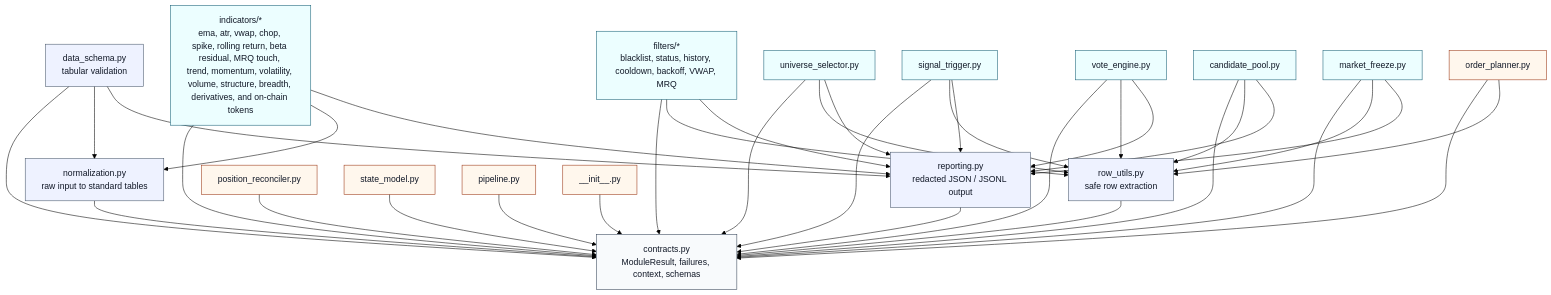
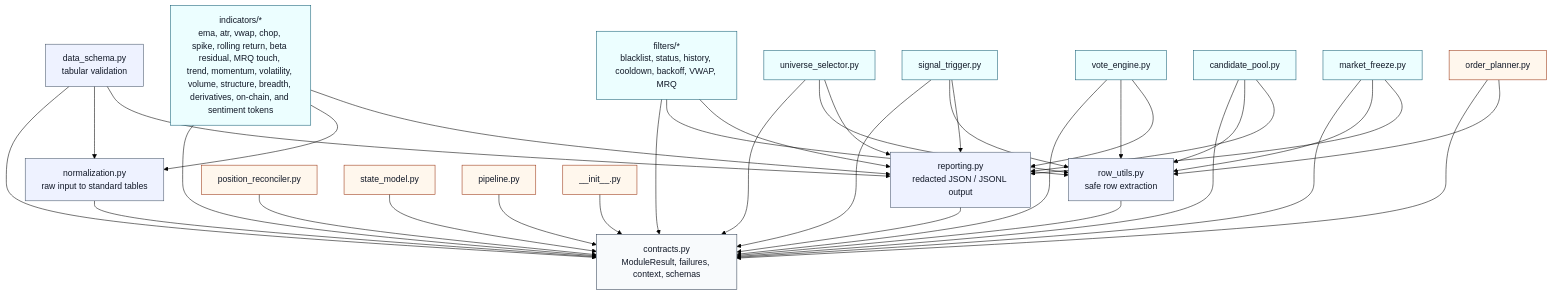
The second of 2 diagrams in README.md (waswrsis/quant-strategy-tokenizer), drawn with Mermaid (forest theme) before and after one commit. The commit also changed other lines of this file and 51 other files, not shown here.

Commit message:
Add sentiment indicator tokens

````diff
--- a/README.md
+++ b/README.md
@@ -155,77 +156,77 @@
 ```mermaid
 flowchart TD
     Contracts["contracts.py<br/>ModuleResult, failures, context, schemas"]
 
     Normalization["normalization.py<br/>raw input to standard tables"]
     RowUtils["row_utils.py<br/>safe row extraction"]
     Reporting["reporting.py<br/>redacted JSON / JSONL output"]
     DataSchema["data_schema.py<br/>tabular validation"]
 
-    Indicators["indicators/*<br/>ema, atr, vwap, chop, spike, rolling return, beta residual, MRQ touch, trend, momentum, volatility, volume, structure, breadth, derivatives, and on-chain tokens"]
+    Indicators["indicators/*<br/>ema, atr, vwap, chop, spike, rolling return, beta residual, MRQ touch, trend, momentum, volatility, volume, structure, breadth, derivatives, on-chain, and sentiment tokens"]
     Filters["filters/*<br/>blacklist, status, history, cooldown, backoff, VWAP, MRQ"]
 
     Universe["universe_selector.py"]
     Signals["signal_trigger.py"]
     Votes["vote_engine.py"]
     Candidates["candidate_pool.py"]
     Freeze["market_freeze.py"]
 
     Orders["order_planner.py"]
     Positions["position_reconciler.py"]
     State["state_model.py"]
     Pipeline["pipeline.py"]
     PublicAPI["__init__.py"]
 
     PublicAPI --> Contracts
 
     Normalization --> Contracts
     RowUtils --> Contracts
     Reporting --> Contracts
     DataSchema --> Contracts
     DataSchema --> Normalization
     DataSchema --> Reporting
 
     Indicators --> Contracts
     Indicators --> Normalization
     Indicators --> Reporting
 
     Filters --> Contracts
     Filters --> RowUtils
     Filters --> Reporting
 
     Universe --> Contracts
     Universe --> RowUtils
     Universe --> Reporting
 
     Signals --> Contracts
     Signals --> RowUtils
     Signals --> Reporting
 
     Votes --> Contracts
     Votes --> RowUtils
     Votes --> Reporting
 
     Candidates --> Contracts
     Candidates --> RowUtils
     Candidates --> Reporting
 
     Freeze --> Contracts
     Freeze --> RowUtils
     Freeze --> Reporting
 
     Orders --> Contracts
     Orders --> RowUtils
     Positions --> Contracts
     State --> Contracts
     Pipeline --> Contracts
 
     classDef core fill:#f8fafc,stroke:#334155,color:#111827;
     classDef helper fill:#eef2ff,stroke:#475569,color:#111827;
     classDef module fill:#ecfeff,stroke:#155e75,color:#111827;
     classDef plan fill:#fff7ed,stroke:#9a3412,color:#111827;
 
     class Contracts core;
     class Normalization,RowUtils,Reporting,DataSchema helper;
     class Indicators,Filters,Universe,Signals,Votes,Candidates,Freeze module;
     class Orders,Positions,State,Pipeline,PublicAPI plan;
 ```
````
